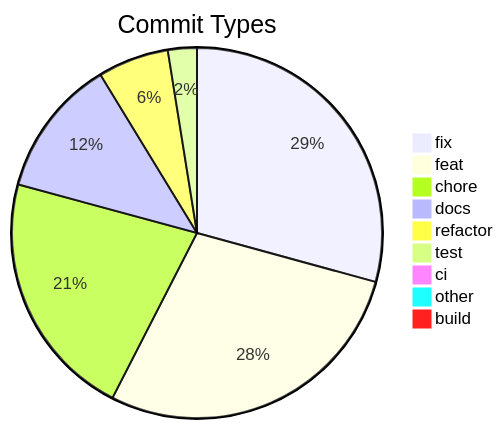
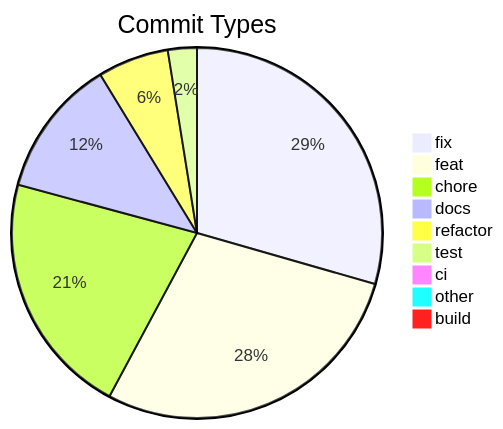
One commit to svenroth-ai/shipwright changed the diagram in .shipwright/compliance/change-history.md. Above: the diagram before and after it, drawn with Mermaid. The commit also changed other lines of this file and 42 other files, not shown here.

````diff
--- a/.shipwright/compliance/change-history.md
+++ b/.shipwright/compliance/change-history.md
@@ -10,12 +10,12 @@
 ```mermaid
 pie title Commit Types
-    "fix" : 359
-    "feat" : 347
-    "chore" : 266
+    "fix" : 361
+    "feat" : 348
+    "chore" : 262
     "docs" : 148
     "refactor" : 76
     "test" : 31
     "ci" : 11
     "other" : 9
     "build" : 1
 ```
````
